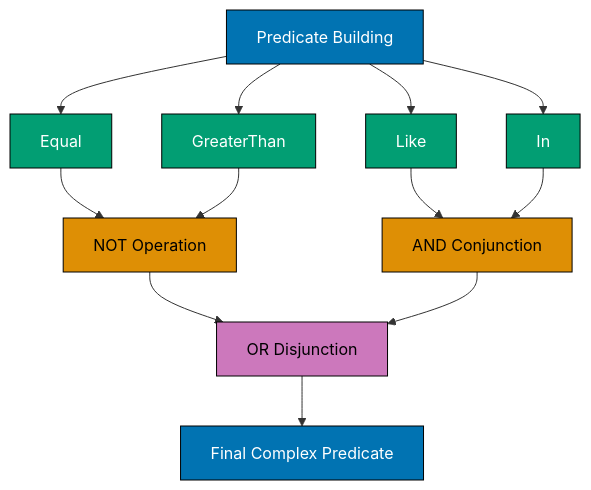
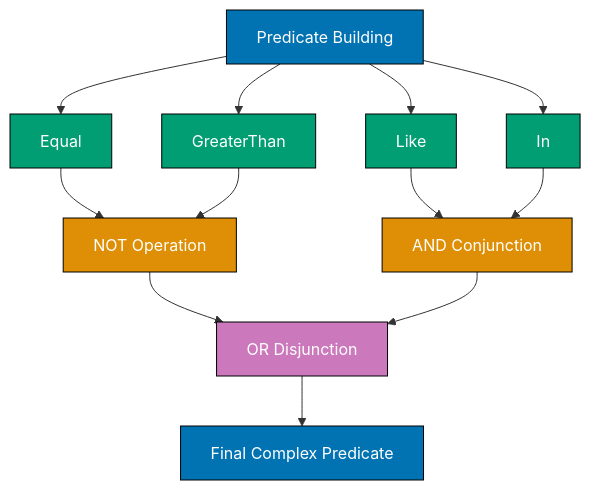
One commit to wahidyankf/open-sharia-enterprise changed the second of 10 diagrams in apps/ayokoding-web/content/en/learn/software-engineering/data/tools/spring-data-jpa/by-example/advanced.md. Above: the diagram before and after it, drawn with Mermaid. The commit also changed other lines of this file and 61 other files, not shown here.

First line of the commit message:
fix(ayokoding-web): quote Mermaid node labels with special characters in Example 63

````diff
--- a/apps/ayokoding-web/content/en/learn/software-engineering/data/tools/spring-data-jpa/by-example/advanced.md
+++ b/apps/ayokoding-web/content/en/learn/software-engineering/data/tools/spring-data-jpa/by-example/advanced.md
@@ -376,25 +376,25 @@
 ```mermaid
 %% Complex predicate composition
 graph TD
     A[Predicate Building] --> B[Equal]
     A --> C[GreaterThan]
     A --> D[Like]
     A --> E[In]
     B --> F[NOT Operation]
     C --> F
     D --> G[AND Conjunction]
     E --> G
     F --> H[OR Disjunction]
     G --> H
     H --> I[Final Complex Predicate]
 
     style A fill:#0173B2,stroke:#000,color:#fff
     style B fill:#029E73,stroke:#000,color:#fff
     style C fill:#029E73,stroke:#000,color:#fff
     style D fill:#029E73,stroke:#000,color:#fff
     style E fill:#029E73,stroke:#000,color:#fff
-    style F fill:#DE8F05,stroke:#000,color:#000
-    style G fill:#DE8F05,stroke:#000,color:#000
-    style H fill:#CC78BC,stroke:#000,color:#000
+    style F fill:#DE8F05,stroke:#000,color:#fff
+    style G fill:#DE8F05,stroke:#000,color:#fff
+    style H fill:#CC78BC,stroke:#000,color:#fff
     style I fill:#0173B2,stroke:#000,color:#fff
 ```
````
